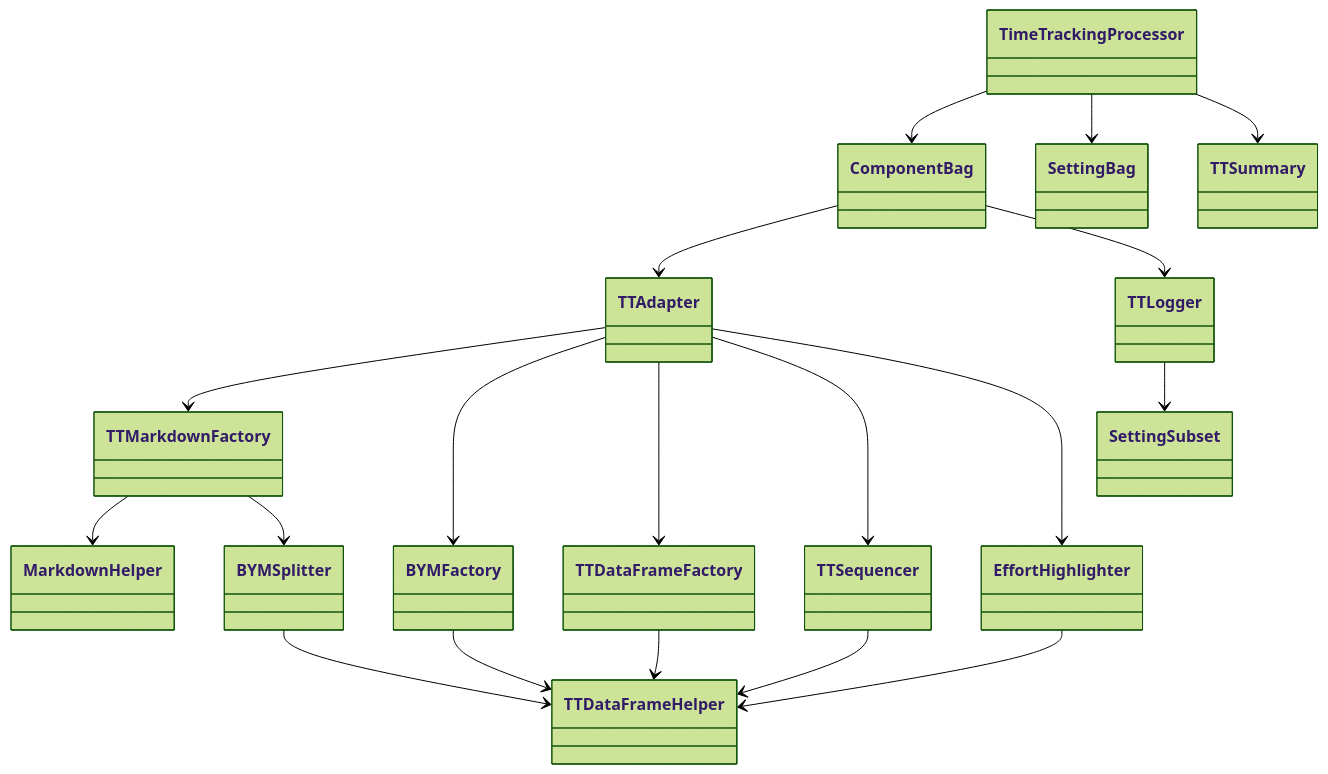
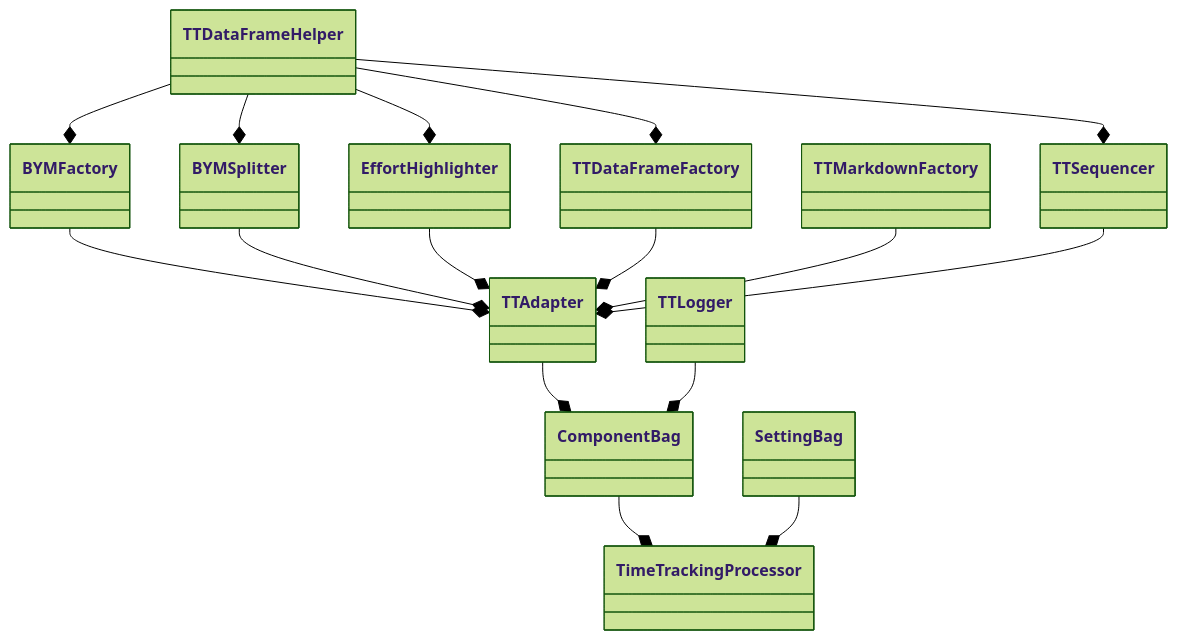
Before and after one commit to numbworks/nwtimetracking: the diagram in docs/Diagrams/Diagram-Architecture.md, drawn with Mermaid (forest theme). The commit also changed 1 other file, not shown here.

Commit message:
#52 Diagram-Architecture*: updated.

````diff
--- a/docs/Diagrams/Diagram-Architecture.md
+++ b/docs/Diagrams/Diagram-Architecture.md
@@ -1,24 +1,18 @@
 ```mermaid
 classDiagram
-    %% Relationships
-    TimeTrackingProcessor --> ComponentBag
-    TimeTrackingProcessor --> SettingBag
-    TimeTrackingProcessor --> TTSummary
-    ComponentBag --> TTAdapter
-    ComponentBag --> TTLogger
-    TTLogger --> SettingSubset
-    TTMarkdownFactory --> MarkdownHelper
-    TTMarkdownFactory --> BYMSplitter
-
-    BYMFactory --> TTDataFrameHelper
-    BYMSplitter --> TTDataFrameHelper
-    TTDataFrameFactory --> TTDataFrameHelper
-    TTSequencer --> TTDataFrameHelper
-    EffortHighlighter --> TTDataFrameHelper
-
-    TTAdapter --> TTMarkdownFactory
-    TTAdapter --> BYMFactory
-    TTAdapter --> TTDataFrameFactory
-    TTAdapter --> TTSequencer
-    TTAdapter --> EffortHighlighter
+  BYMFactory --* TTAdapter
+  BYMSplitter --* TTAdapter
+  ComponentBag --* TimeTrackingProcessor
+  EffortHighlighter --* TTAdapter
+  SettingBag --* TimeTrackingProcessor
+  TTAdapter --* ComponentBag
+  TTDataFrameFactory --* TTAdapter
+  TTDataFrameHelper --* BYMFactory
+  TTDataFrameHelper --* BYMSplitter
+  TTDataFrameHelper --* EffortHighlighter
+  TTDataFrameHelper --* TTDataFrameFactory
+  TTDataFrameHelper --* TTSequencer
+  TTLogger --* ComponentBag
+  TTMarkdownFactory --* TTAdapter
+  TTSequencer --* TTAdapter
 ```
````
